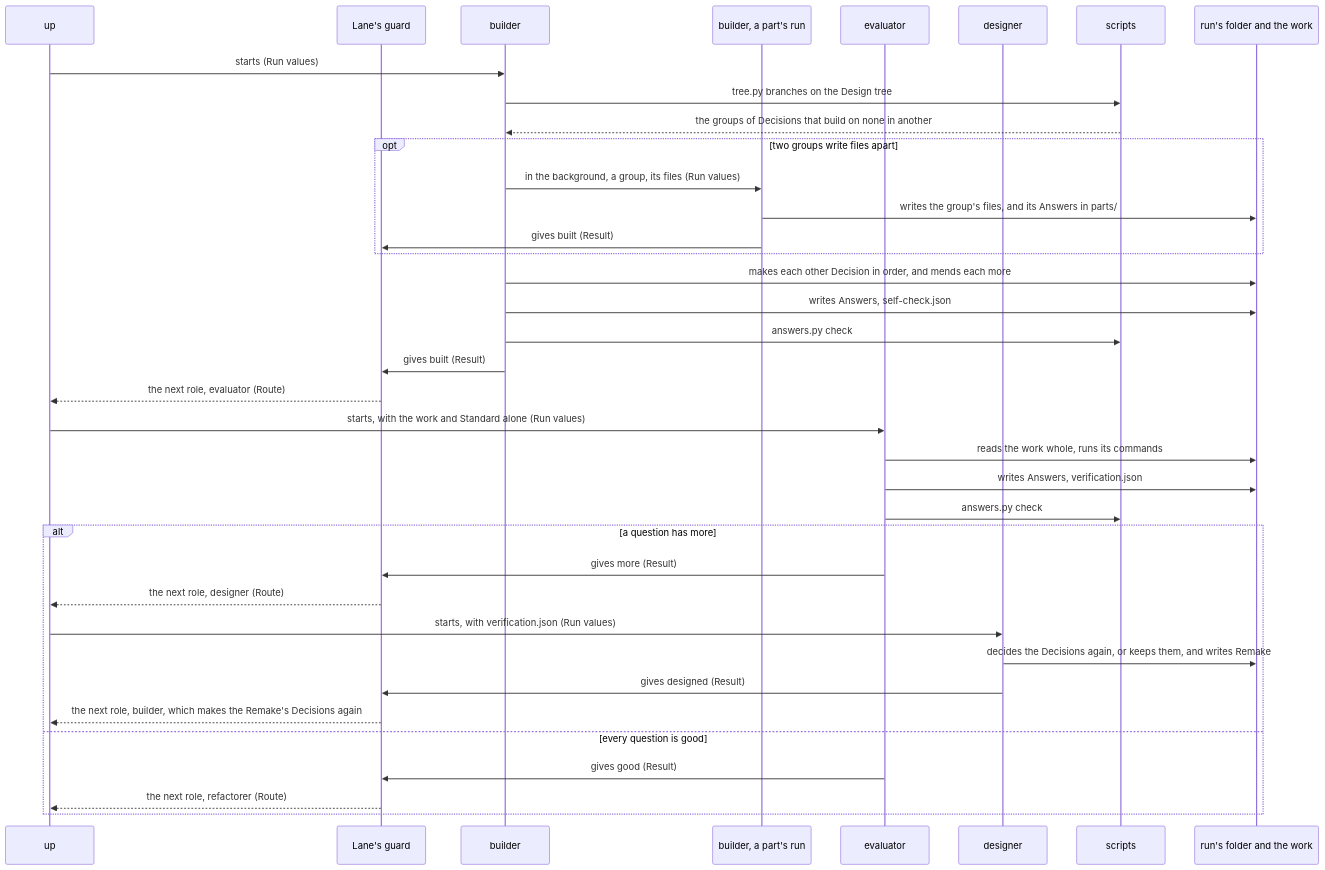
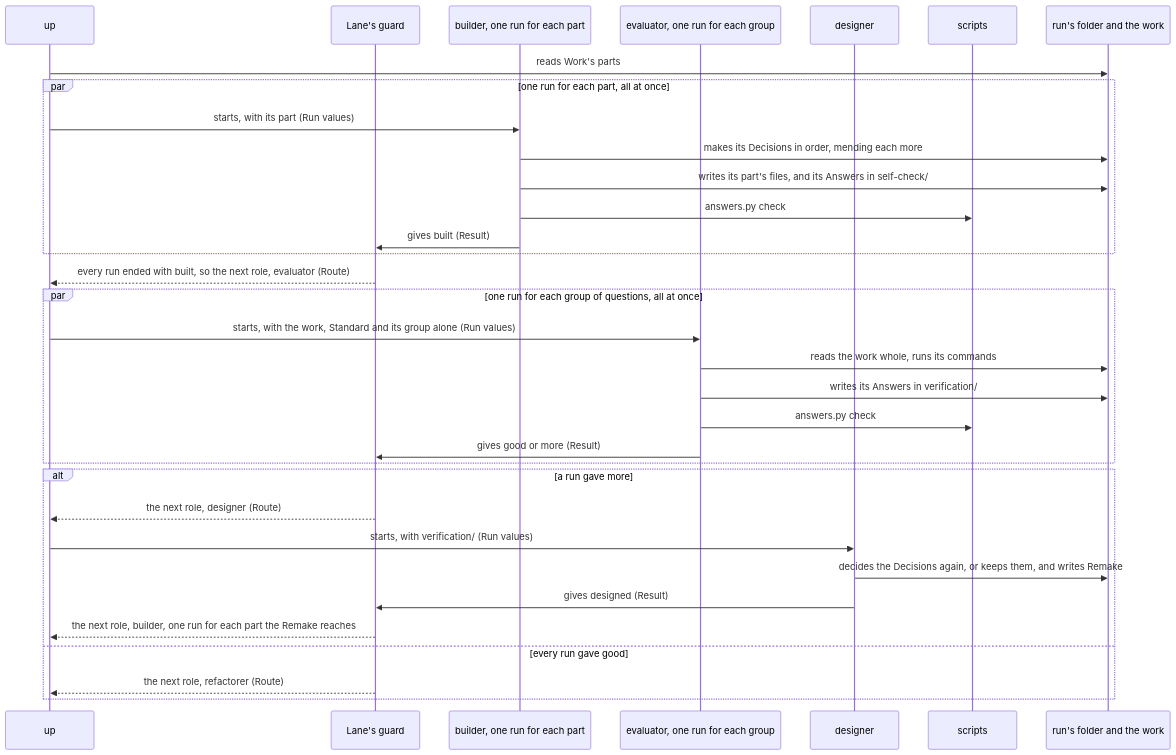
One commit to lovaizu/ccpm changed the fourth of 7 diagrams in dev/turn/architecture.md. Above: the diagram before and after it, drawn with Mermaid. The commit also changed other lines of this file and 1 other file, not shown here.

````diff
--- a/dev/turn/architecture.md
+++ b/dev/turn/architecture.md
@@ -389,39 +407,35 @@
 ```mermaid
 sequenceDiagram
   participant U as up
   participant G as Lane's guard
-  participant B as builder
-  participant B2 as builder, a part's run
-  participant E as evaluator
+  participant B as builder, one run for each part
+  participant E as evaluator, one run for each group
   participant D as designer
   participant S as scripts
   participant F as run's folder and the work
-  U->>B: starts (Run values)
-  B->>S: tree.py branches on the Design tree
-  S-->>B: the groups of Decisions that build on none in another
-  opt two groups write files apart
-    B->>B2: in the background, a group, its files (Run values)
-    B2->>F: writes the group's files, and its Answers in parts/
-    B2->>G: gives built (Result)
+  U->>F: reads Work's parts
+  par one run for each part, all at once
+    U->>B: starts, with its part (Run values)
+    B->>F: makes its Decisions in order, mending each more
+    B->>F: writes its part's files, and its Answers in self-check/
+    B->>S: answers.py check
+    B->>G: gives built (Result)
   end
-  B->>F: makes each other Decision in order, and mends each more
-  B->>F: writes Answers, self-check.json
-  B->>S: answers.py check
-  B->>G: gives built (Result)
-  G-->>U: the next role, evaluator (Route)
-  U->>E: starts, with the work and Standard alone (Run values)
-  E->>F: reads the work whole, runs its commands
-  E->>F: writes Answers, verification.json
-  E->>S: answers.py check
-  alt a question has more
-    E->>G: gives more (Result)
+  G-->>U: every run ended with built, so the next role, evaluator (Route)
+  par one run for each group of questions, all at once
+    U->>E: starts, with the work, Standard and its group alone (Run values)
+    E->>F: reads the work whole, runs its commands
+    E->>F: writes its Answers in verification/
+    E->>S: answers.py check
+    E->>G: gives good or more (Result)
+  end
+  alt a run gave more
     G-->>U: the next role, designer (Route)
-    U->>D: starts, with verification.json (Run values)
+    U->>D: starts, with verification/ (Run values)
     D->>F: decides the Decisions again, or keeps them, and writes Remake
     D->>G: gives designed (Result)
-    G-->>U: the next role, builder, which makes the Remake's Decisions again
-  else every question is good
-    E->>G: gives good (Result)
+    G-->>U: the next role, builder, one run for each part the Remake reaches
+  else every run gave good
     G-->>U: the next role, refactorer (Route)
   end
 ```
````
